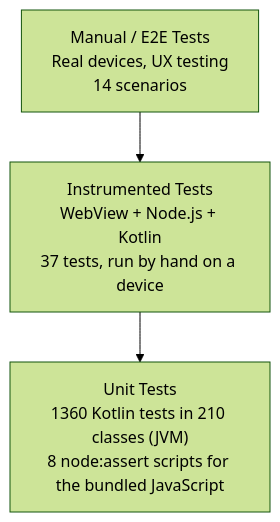
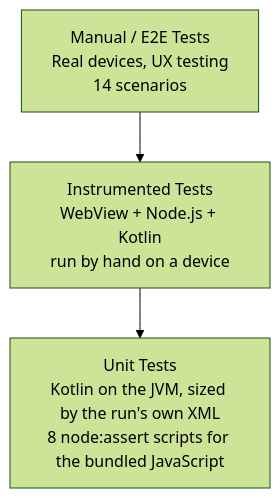
One commit to cuixinyuan666/vscodroid changed the first of 3 diagrams in docs/07-TESTING_STRATEGY.md. Above: the diagram before and after it, drawn with Mermaid (forest theme). The commit also changed other lines of this file and 9 other files, not shown here.

````diff
--- a/docs/07-TESTING_STRATEGY.md
+++ b/docs/07-TESTING_STRATEGY.md
@@ -23,5 +23,5 @@
 ```mermaid
 flowchart TD
-  E2E["Manual / E2E Tests<br/>Real devices, UX testing<br/>14 scenarios"] --> INT["Instrumented Tests<br/>WebView + Node.js + Kotlin<br/>37 tests, run by hand on a device"]
-  INT --> UNIT["Unit Tests<br/>1360 Kotlin tests in 210 classes (JVM)<br/>8 node:assert scripts for the bundled JavaScript"]
+  E2E["Manual / E2E Tests<br/>Real devices, UX testing<br/>14 scenarios"] --> INT["Instrumented Tests<br/>WebView + Node.js + Kotlin<br/>run by hand on a device"]
+  INT --> UNIT["Unit Tests<br/>Kotlin on the JVM, sized by the run's own XML<br/>8 node:assert scripts for the bundled JavaScript"]
 ```
````
